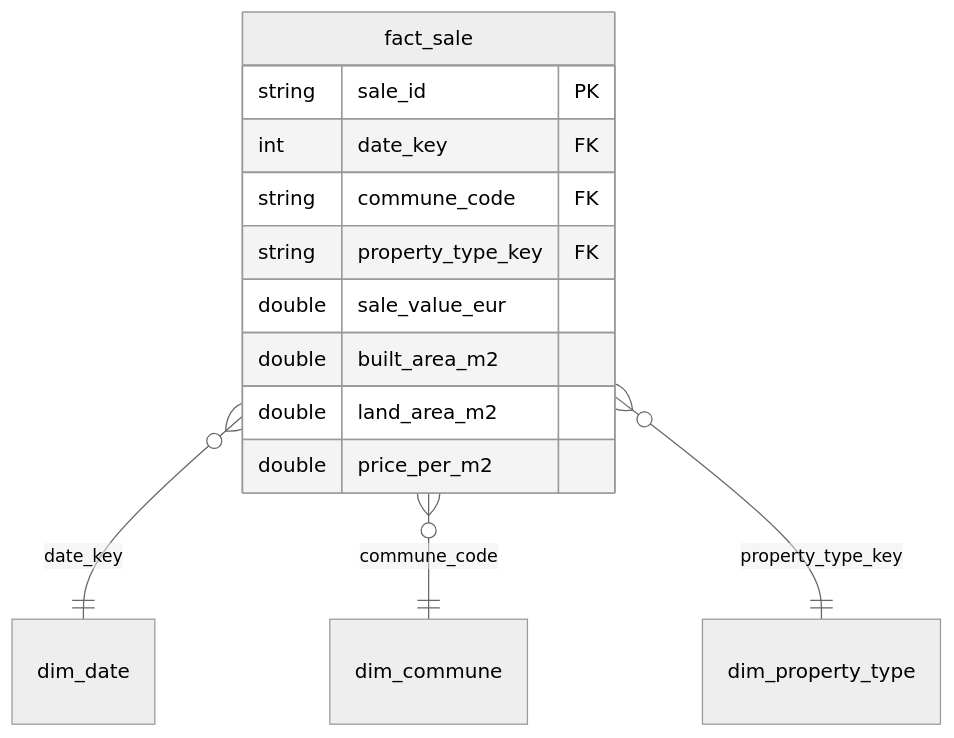
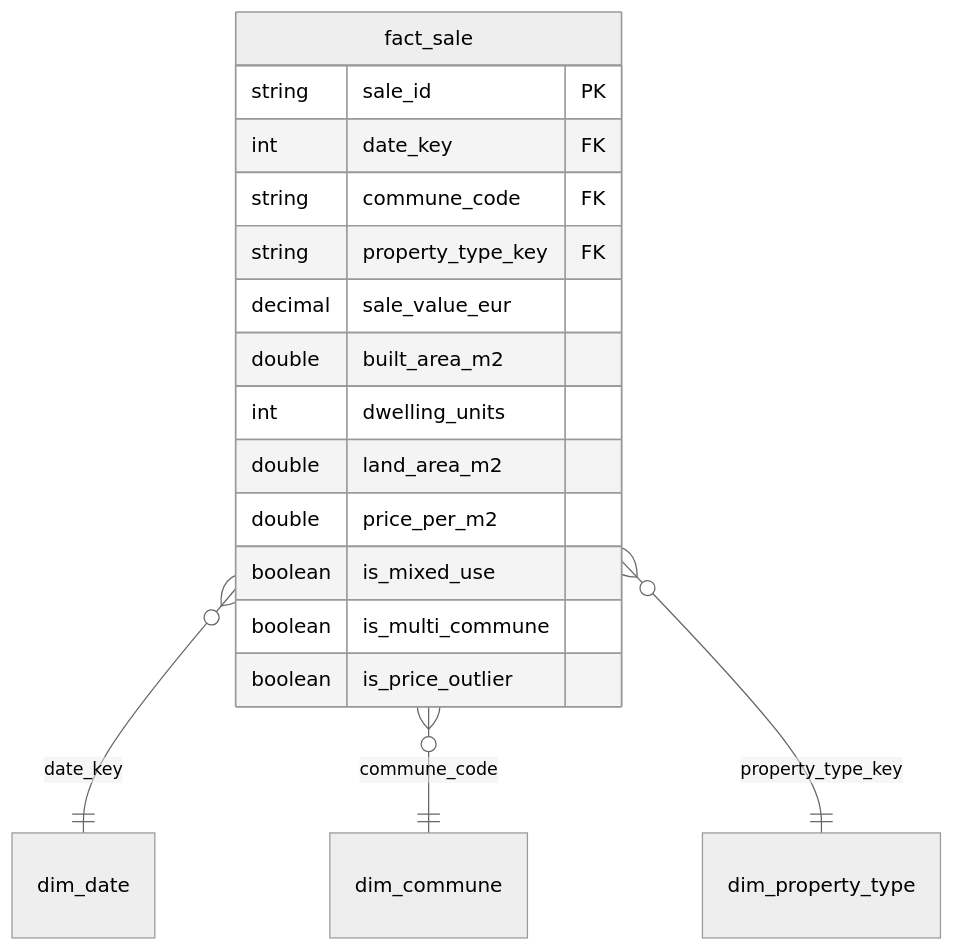
The second of 2 diagrams in docs/architecture.md (Gotrone/dvf-real-estate-pipeline-aws), drawn with Mermaid (neutral theme) before and after one commit. The commit also changed other lines of this file and 8 other files, not shown here.

````diff
--- a/docs/architecture.md
+++ b/docs/architecture.md
@@ -30,16 +30,20 @@
 ```mermaid
 erDiagram
     fact_sale }o--|| dim_date : date_key
     fact_sale }o--|| dim_commune : commune_code
     fact_sale }o--|| dim_property_type : property_type_key
     fact_sale {
         string sale_id PK
         int date_key FK
         string commune_code FK
         string property_type_key FK
-        double sale_value_eur
+        decimal sale_value_eur
         double built_area_m2
+        int dwelling_units
         double land_area_m2
         double price_per_m2
+        boolean is_mixed_use
+        boolean is_multi_commune
+        boolean is_price_outlier
     }
 ```
````
